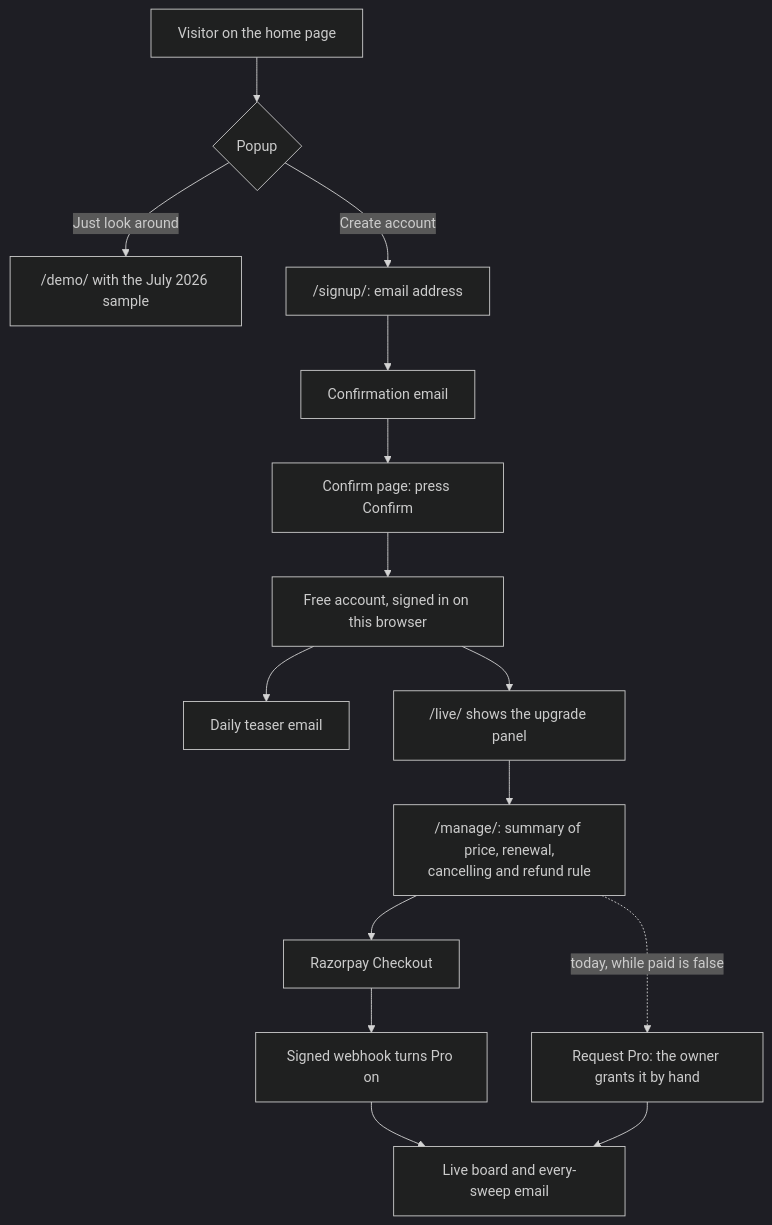
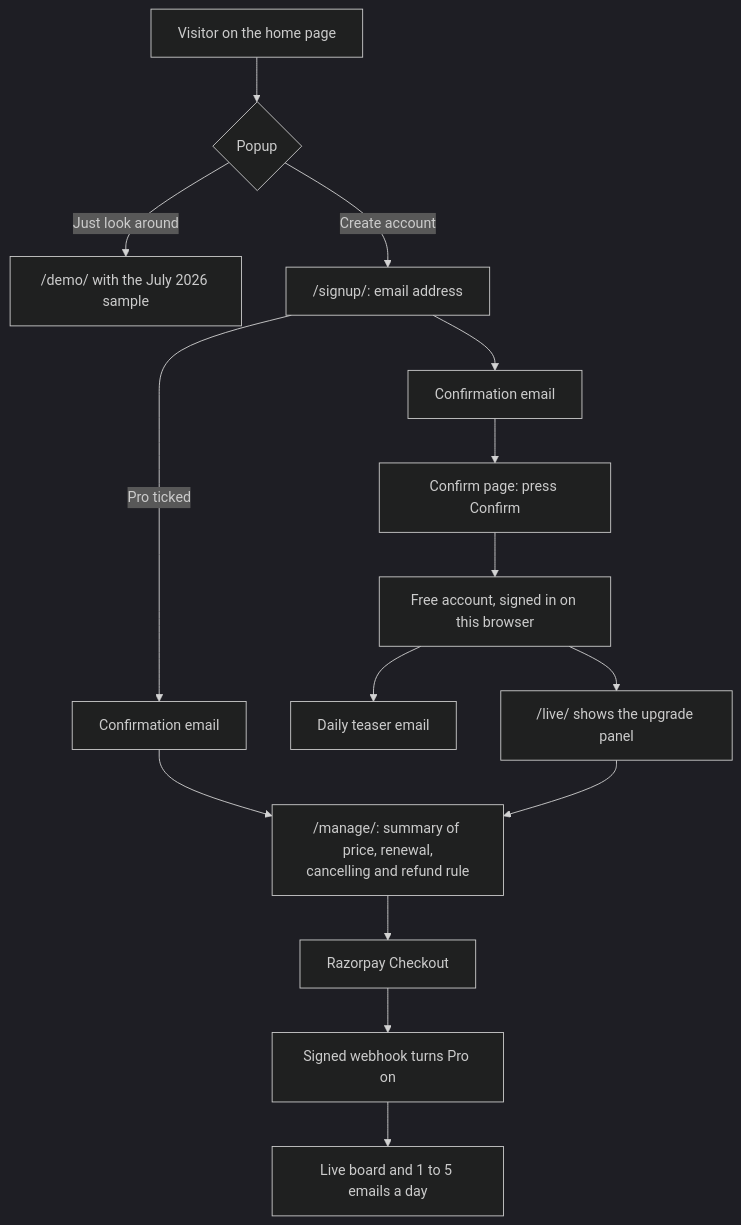
The diagram in pm/03-design/flows-and-screens.md (bhawnamanglapm/travel-problem-radar-case-study), drawn with Mermaid (dark theme) before and after one commit. The commit also changed other lines of this file, not shown here.

````diff
--- a/pm/03-design/flows-and-screens.md
+++ b/pm/03-design/flows-and-screens.md
@@ -50,17 +61,16 @@
 ```mermaid
 flowchart TD
   V["Visitor on the home page"] --> P{"Popup"}
   P -- "Just look around" --> D["/demo/ with the July 2026 sample"]
   P -- "Create account" --> S["/signup/: email address"]
   S --> E["Confirmation email"]
+  S -- "Pro ticked" --> E2["Confirmation email"] --> M
   E --> C["Confirm page: press Confirm"]
   C --> F["Free account, signed in on this browser"]
   F --> T["Daily teaser email"]
   F --> L["/live/ shows the upgrade panel"]
   L --> M["/manage/: summary of price, renewal,<br/>cancelling and refund rule"]
   M --> R["Razorpay Checkout"]
   R --> W["Signed webhook turns Pro on"]
-  W --> B["Live board and every-sweep email"]
-  M -. "today, while paid is false" .-> Q["Request Pro: the owner grants it by hand"]
-  Q --> B
+  W --> B["Live board and 1 to 5 emails a day"]
 ```
````
